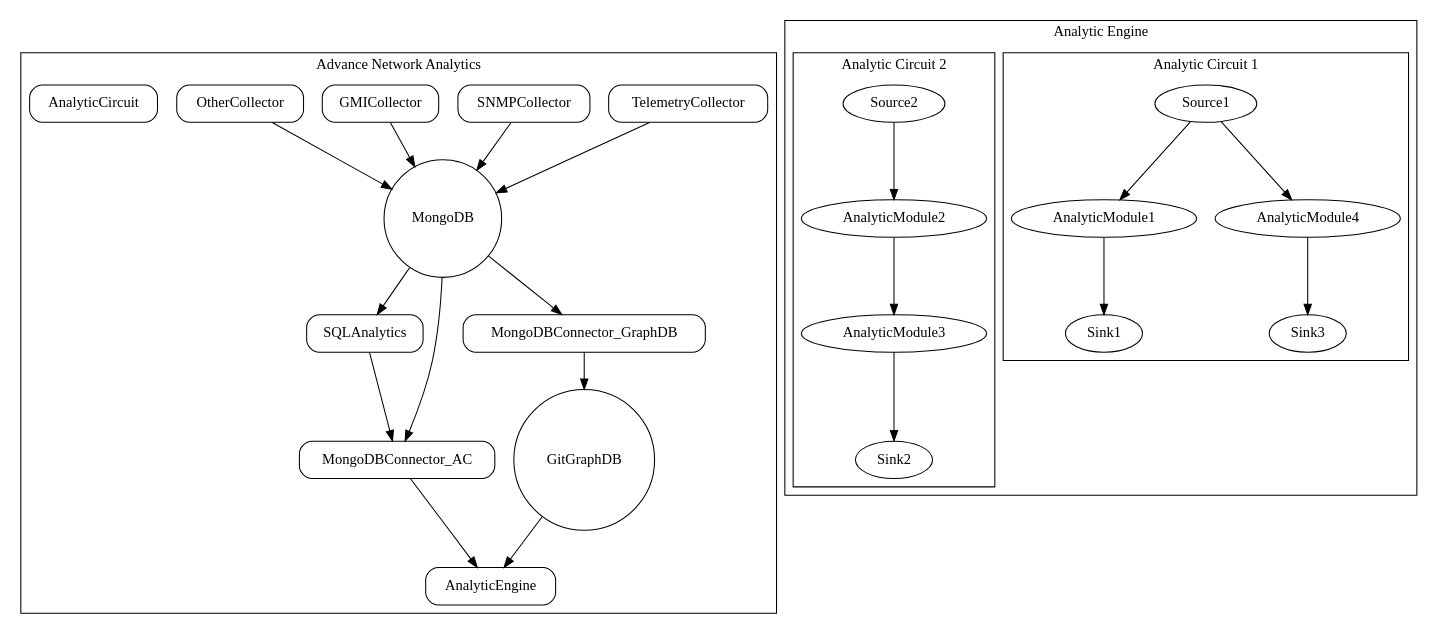
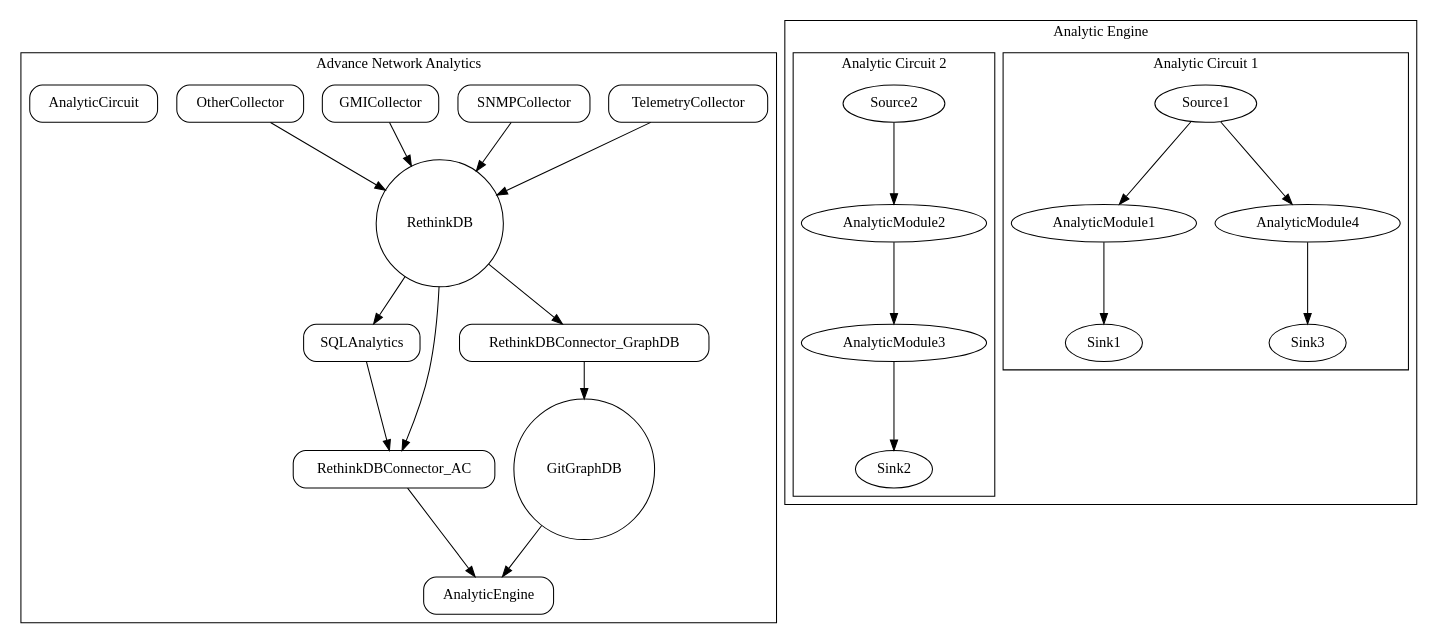
One commit to nsriniva/advanced-network-analytics changed the diagram in ana.dot. Above: the diagram before and after it, drawn with Graphviz.

```diff
--- a/ana.dot
+++ b/ana.dot
@@ -1,56 +1,56 @@
 digraph G{
 subgraph cluster0{
 label = "Advance Network Analytics";
 node[shape=box style=rounded]
 TelemetryCollector
 SNMPCollector
 GMICollector
 OtherCollector
-MongoDB[shape=circle style=none]
+RethinkDB[shape=circle style=none]
 SQLAnalytics
-MongoDBConnector_AC
-MongoDBConnector_GraphDB
+RethinkDBConnector_AC
+RethinkDBConnector_GraphDB
 GitGraphDB[shape=circle]
 AnalyticEngine
 AnalyticCircuit
 
-SNMPCollector->MongoDB
-TelemetryCollector->MongoDB
-GMICollector->MongoDB
-OtherCollector->MongoDB
-MongoDB->SQLAnalytics
-MongoDB->MongoDBConnector_AC
-SQLAnalytics->MongoDBConnector_AC
-MongoDBConnector_AC->AnalyticEngine
-MongoDB->MongoDBConnector_GraphDB
-MongoDBConnector_GraphDB->GitGraphDB
+SNMPCollector->RethinkDB
+TelemetryCollector->RethinkDB
+GMICollector->RethinkDB
+OtherCollector->RethinkDB
+RethinkDB->SQLAnalytics
+RethinkDB->RethinkDBConnector_AC
+SQLAnalytics->RethinkDBConnector_AC
+RethinkDBConnector_AC->AnalyticEngine
+RethinkDB->RethinkDBConnector_GraphDB
+RethinkDBConnector_GraphDB->GitGraphDB
 GitGraphDB->AnalyticEngine
 }
 
 subgraph cluster1{
 label = "Analytic Engine"
 Source1
 Source2
 AnalyticModule1
 AnalyticModule2
 AnalyticModule3
 AnalyticModule4
 Sink1
 Sink2
 Sink3
 
 subgraph cluster10{
 label = "Analytic Circuit 1"
 Source1->AnalyticModule1
 Source1->AnalyticModule4
 AnalyticModule4->Sink3
 AnalyticModule1->Sink1
 }
 subgraph cluster11{
 label = "Analytic Circuit 2"
 Source2->AnalyticModule2
 AnalyticModule2->AnalyticModule3
 AnalyticModule3->Sink2
 }
 }
 }
```
